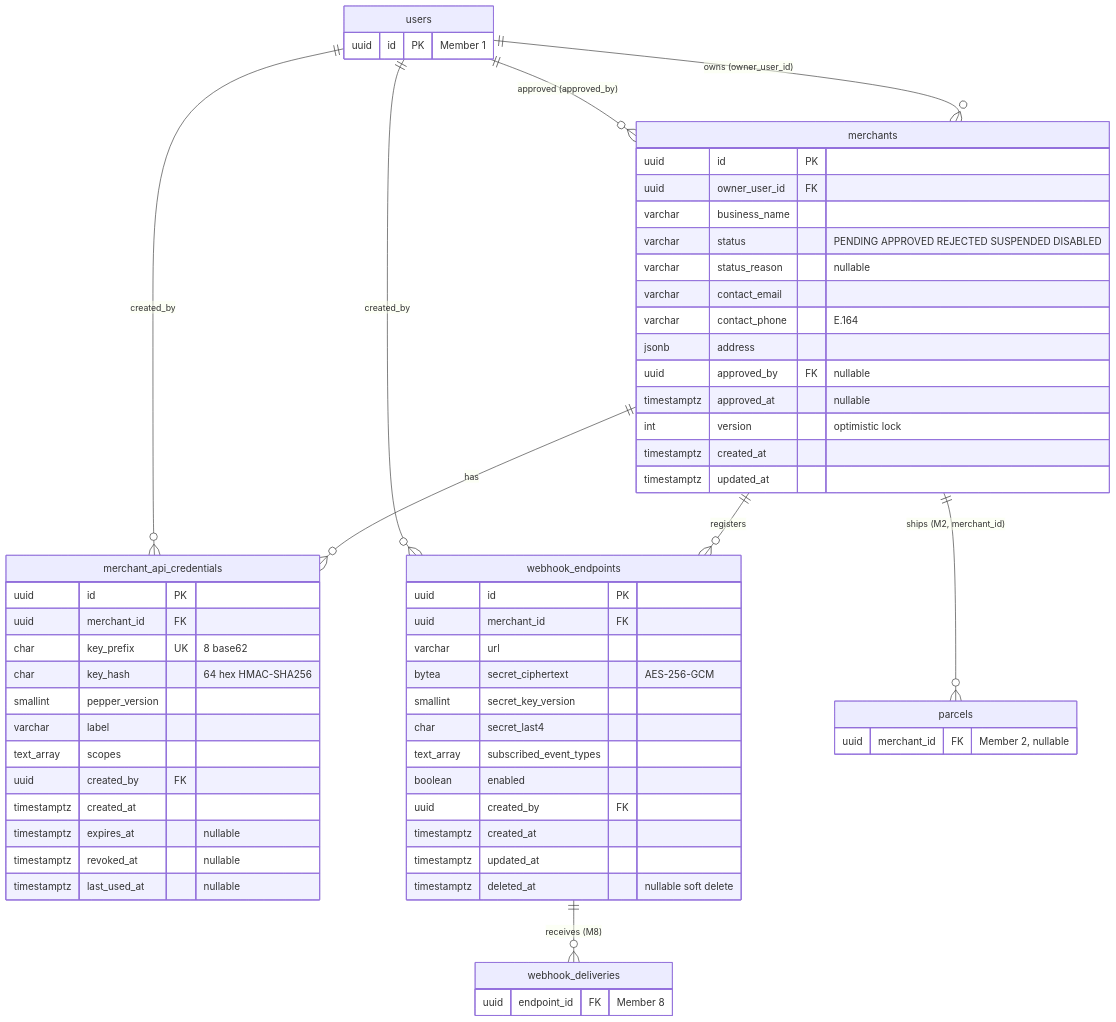
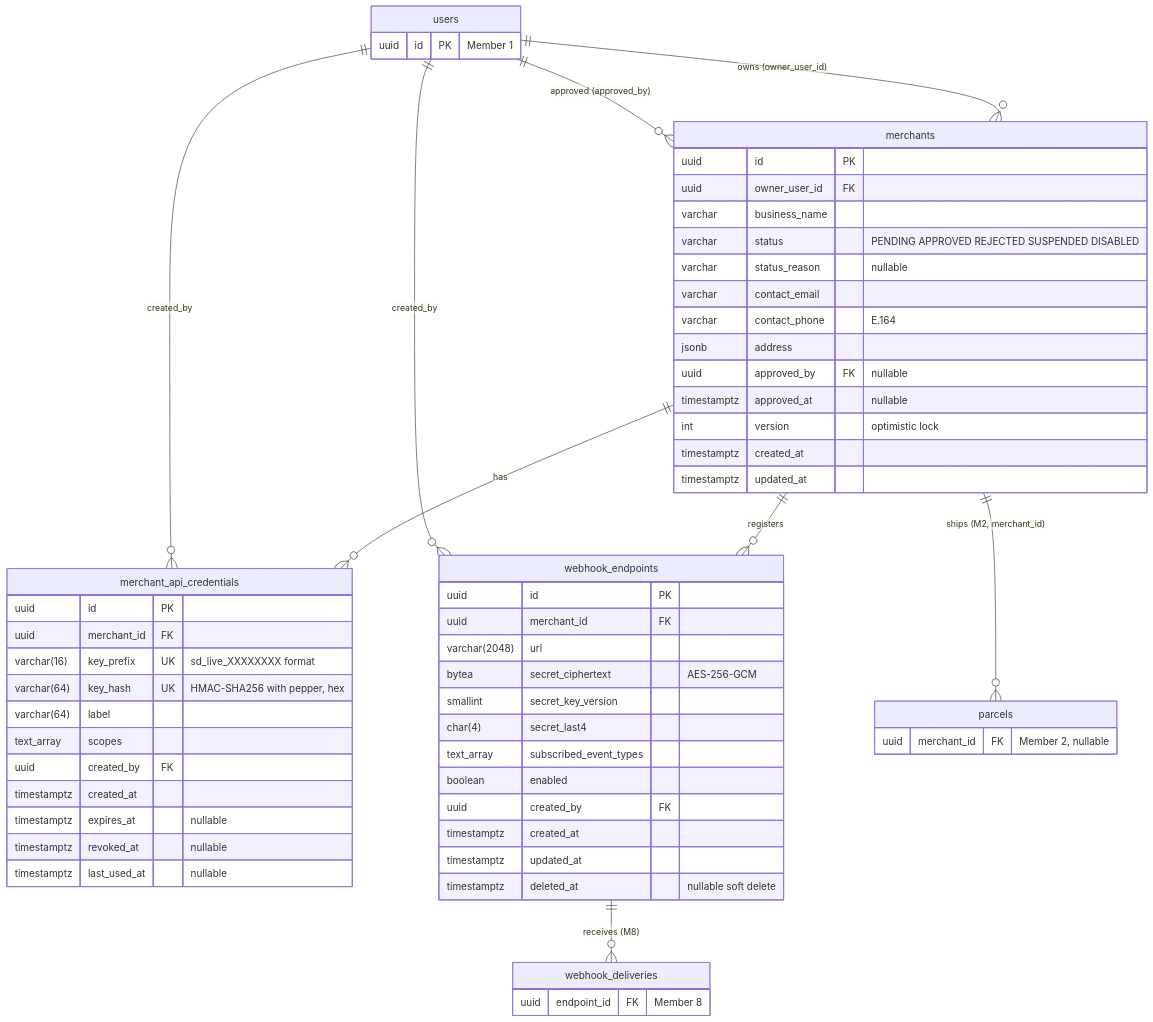
One commit to phantomTroupeEAD/SwiftDrop changed the first of 2 diagrams in docs/drafts/member-04-merchants/doc-05-data-and-persistence.md. Above: the diagram before and after it, drawn with Mermaid. The commit also changed other lines of this file and 7 other files, not shown here.

````diff
--- a/docs/drafts/member-04-merchants/doc-05-data-and-persistence.md
+++ b/docs/drafts/member-04-merchants/doc-05-data-and-persistence.md
@@ -25,64 +25,63 @@
 ```mermaid
 erDiagram
     users ||--o{ merchants : "owns (owner_user_id)"
     users ||--o{ merchants : "approved (approved_by)"
     merchants ||--o{ merchant_api_credentials : "has"
     merchants ||--o{ webhook_endpoints : "registers"
     users ||--o{ merchant_api_credentials : "created_by"
     users ||--o{ webhook_endpoints : "created_by"
     merchants ||--o{ parcels : "ships (M2, merchant_id)"
     webhook_endpoints ||--o{ webhook_deliveries : "receives (M8)"
 
     merchants {
         uuid id PK
         uuid owner_user_id FK
         varchar business_name
         varchar status "PENDING APPROVED REJECTED SUSPENDED DISABLED"
         varchar status_reason "nullable"
         varchar contact_email
         varchar contact_phone "E.164"
         jsonb address
         uuid approved_by FK "nullable"
         timestamptz approved_at "nullable"
         int version "optimistic lock"
         timestamptz created_at
         timestamptz updated_at
     }
     merchant_api_credentials {
         uuid id PK
         uuid merchant_id FK
-        char key_prefix UK "8 base62"
-        char key_hash "64 hex HMAC-SHA256"
-        smallint pepper_version
-        varchar label
+        varchar(16) key_prefix UK "sd_live_XXXXXXXX format"
+        varchar(64) key_hash UK "HMAC-SHA256 with pepper, hex"
+        varchar(64) label
         text_array scopes
         uuid created_by FK
         timestamptz created_at
         timestamptz expires_at "nullable"
         timestamptz revoked_at "nullable"
         timestamptz last_used_at "nullable"
     }
     webhook_endpoints {
         uuid id PK
         uuid merchant_id FK
-        varchar url
+        varchar(2048) url
         bytea secret_ciphertext "AES-256-GCM"
         smallint secret_key_version
-        char secret_last4
+        char(4) secret_last4
         text_array subscribed_event_types
         boolean enabled
         uuid created_by FK
         timestamptz created_at
         timestamptz updated_at
         timestamptz deleted_at "nullable soft delete"
     }
     users {
         uuid id PK "Member 1"
     }
     parcels {
         uuid merchant_id FK "Member 2, nullable"
     }
     webhook_deliveries {
         uuid endpoint_id FK "Member 8"
     }
 ```
````
